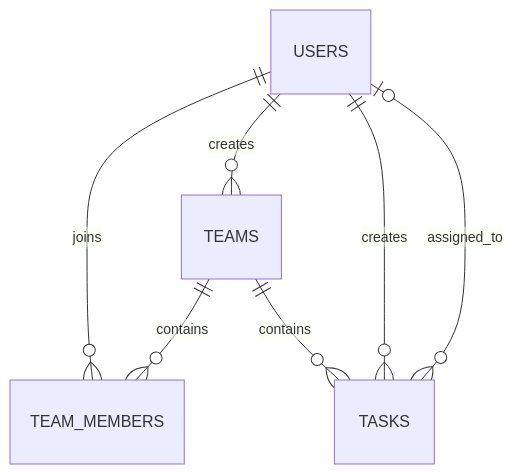
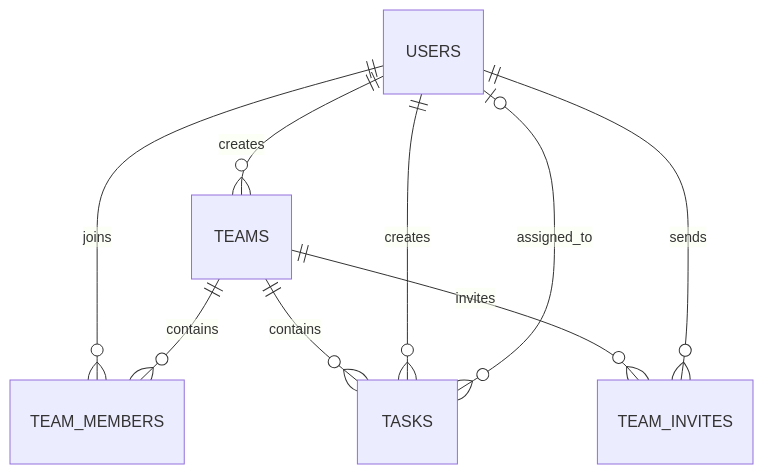
Before and after one commit to SrRecode/team-task-manager: the diagram in docs/DATABASE.md, drawn with Mermaid. The commit also changed other lines of this file and 5 other files, not shown here.

````diff
--- a/docs/DATABASE.md
+++ b/docs/DATABASE.md
@@ -11,9 +11,11 @@
 ```mermaid
 erDiagram
     USERS ||--o{ TEAMS : creates
     USERS ||--o{ TEAM_MEMBERS : joins
     TEAMS ||--o{ TEAM_MEMBERS : contains
     TEAMS ||--o{ TASKS : contains
     USERS ||--o{ TASKS : creates
     USERS o|--o{ TASKS : assigned_to
+    TEAMS ||--o{ TEAM_INVITES : invites
+    USERS ||--o{ TEAM_INVITES : sends
 ```
````
